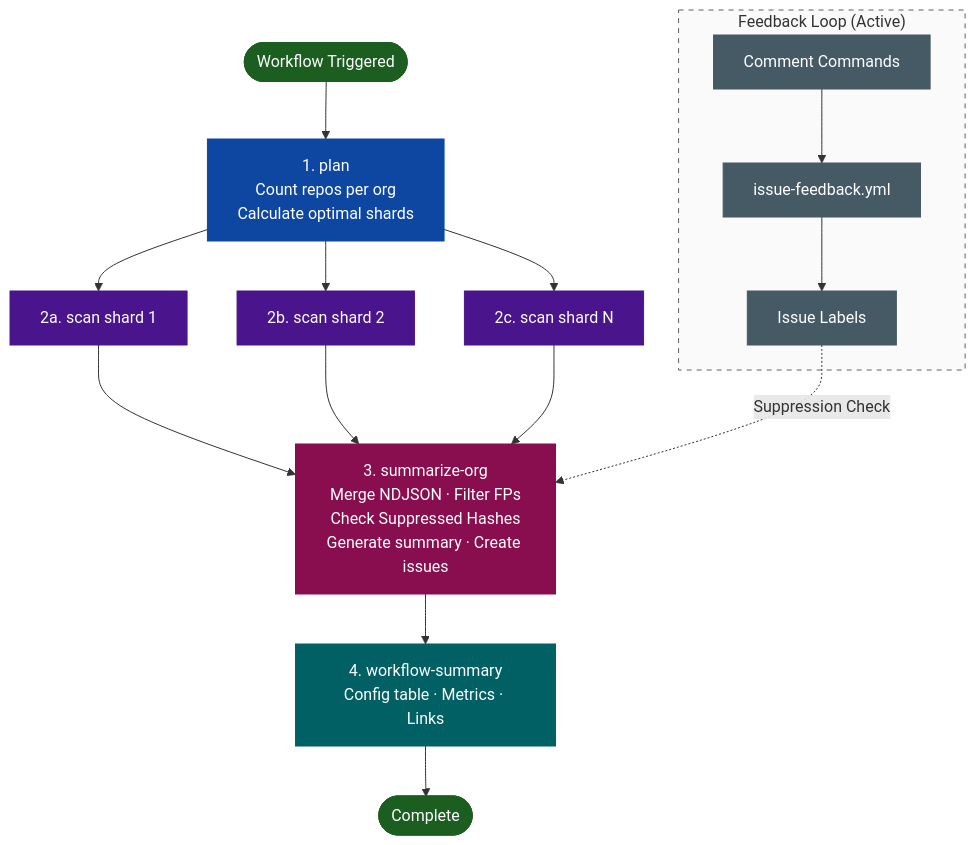
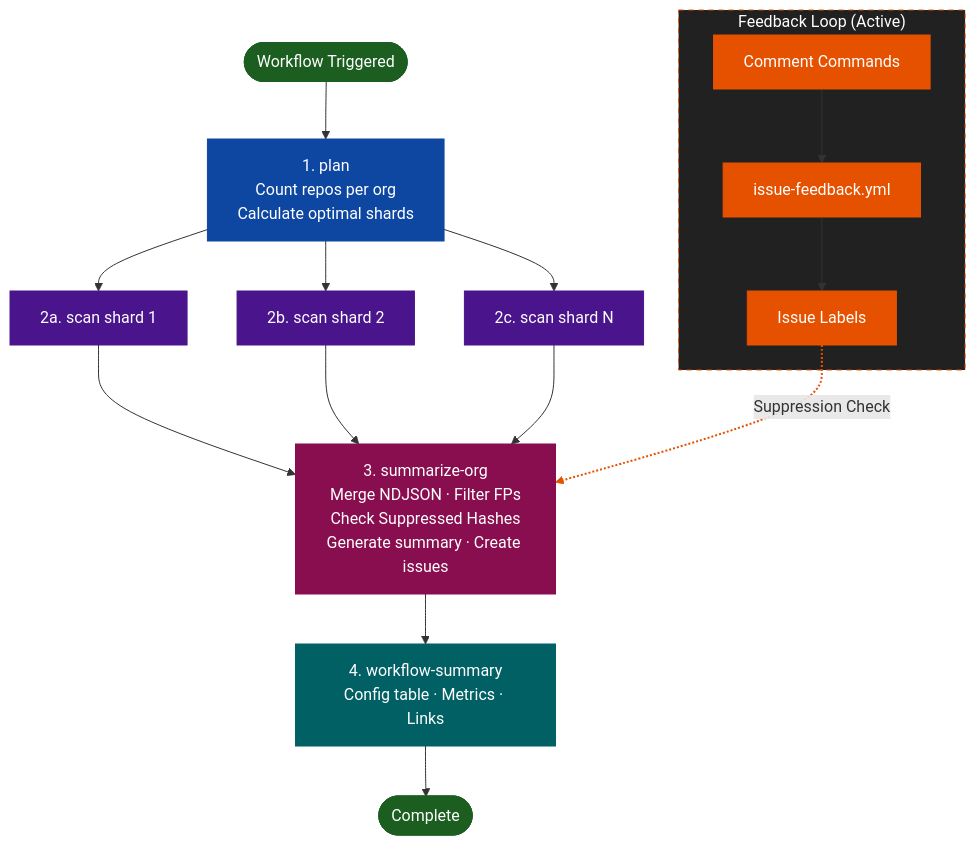
The first of 2 diagrams in README.md (SpootyMcSpoot/trufflehogz), drawn with Mermaid before and after one commit.

Commit message:
Update Feedback loop colors to match vibrant flowchart scheme

````diff
--- a/README.md
+++ b/README.md
@@ -64,35 +64,36 @@
 ```mermaid
 flowchart TD
     Start([Workflow Triggered]) --> Plan[1. plan<br/>Count repos per org<br/>Calculate optimal shards]
     Plan --> S1[2a. scan shard 1]
     Plan --> S2[2b. scan shard 2]
     Plan --> SN[2c. scan shard N]
     
     subgraph Feedback["Feedback Loop (Active)"]
         Labels[Issue Labels]
         Comments[Comment Commands]
         IFW[issue-feedback.yml]
         Comments --> IFW --> Labels
     end
 
     S1 --> Summarize[3. summarize-org<br/>Merge NDJSON · Filter FPs<br/>Check Suppressed Hashes<br/>Generate summary · Create issues]
     S2 --> Summarize
     SN --> Summarize
     Labels -.->|Suppression Check| Summarize
     
     Summarize --> WS[4. workflow-summary<br/>Config table · Metrics · Links]
     WS --> End([Complete])
 
     style Start fill:#1b5e20,stroke:#1b5e20,color:#fff
     style End fill:#1b5e20,stroke:#1b5e20,color:#fff
     style Plan fill:#0d47a1,stroke:#0d47a1,color:#fff
     style S1 fill:#4a148c,stroke:#4a148c,color:#fff
     style S2 fill:#4a148c,stroke:#4a148c,color:#fff
     style SN fill:#4a148c,stroke:#4a148c,color:#fff
     style Summarize fill:#880e4f,stroke:#880e4f,color:#fff
     style WS fill:#006064,stroke:#006064,color:#fff
-    style Feedback fill:#fafafa,stroke:#616161,stroke-dasharray: 5 5
-    style Labels fill:#455a64,stroke:#455a64,color:#fff
-    style Comments fill:#455a64,stroke:#455a64,color:#fff
-    style IFW fill:#455a64,stroke:#455a64,color:#fff
+    style Feedback fill:#212121,stroke:#e65100,stroke-dasharray: 5 5,color:#fff
+    style Labels fill:#e65100,stroke:#e65100,color:#fff
+    style Comments fill:#e65100,stroke:#e65100,color:#fff
+    style IFW fill:#e65100,stroke:#e65100,color:#fff
+    linkStyle 9 stroke:#e65100,stroke-width:2px;
 ```
````
